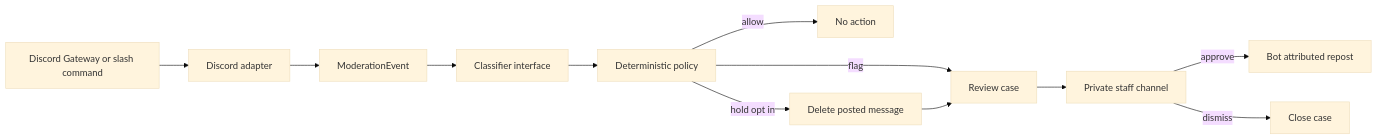
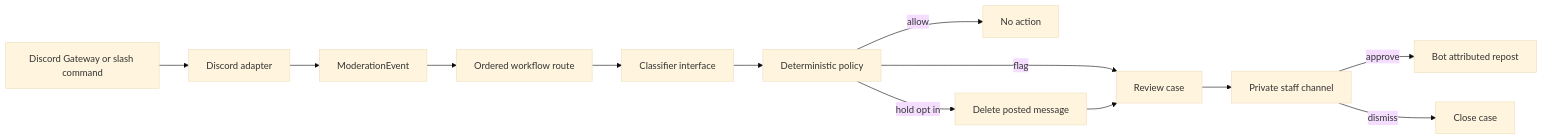
The diagram in docs/architecture.md (GoZippy/ModBotTools), drawn with Mermaid (base theme) before and after one commit. The commit also changed other lines of this file and 27 other files, not shown here.

````diff
--- a/docs/architecture.md
+++ b/docs/architecture.md
@@ -5,14 +5,15 @@
 ```mermaid
 flowchart LR
   Discord[Discord Gateway or slash command] --> Adapter[Discord adapter]
   Adapter --> Event[ModerationEvent]
-  Event --> Classifier[Classifier interface]
+  Event --> Route[Ordered workflow route]
+  Route --> Classifier[Classifier interface]
   Classifier --> Policy[Deterministic policy]
   Policy -->|allow| End[No action]
   Policy -->|flag| Cases[Review case]
   Policy -->|hold opt in| Delete[Delete posted message]
   Delete --> Cases
   Cases --> Staff[Private staff channel]
   Staff -->|approve| Publish[Bot attributed repost]
   Staff -->|dismiss| Closed[Close case]
 ```
````
